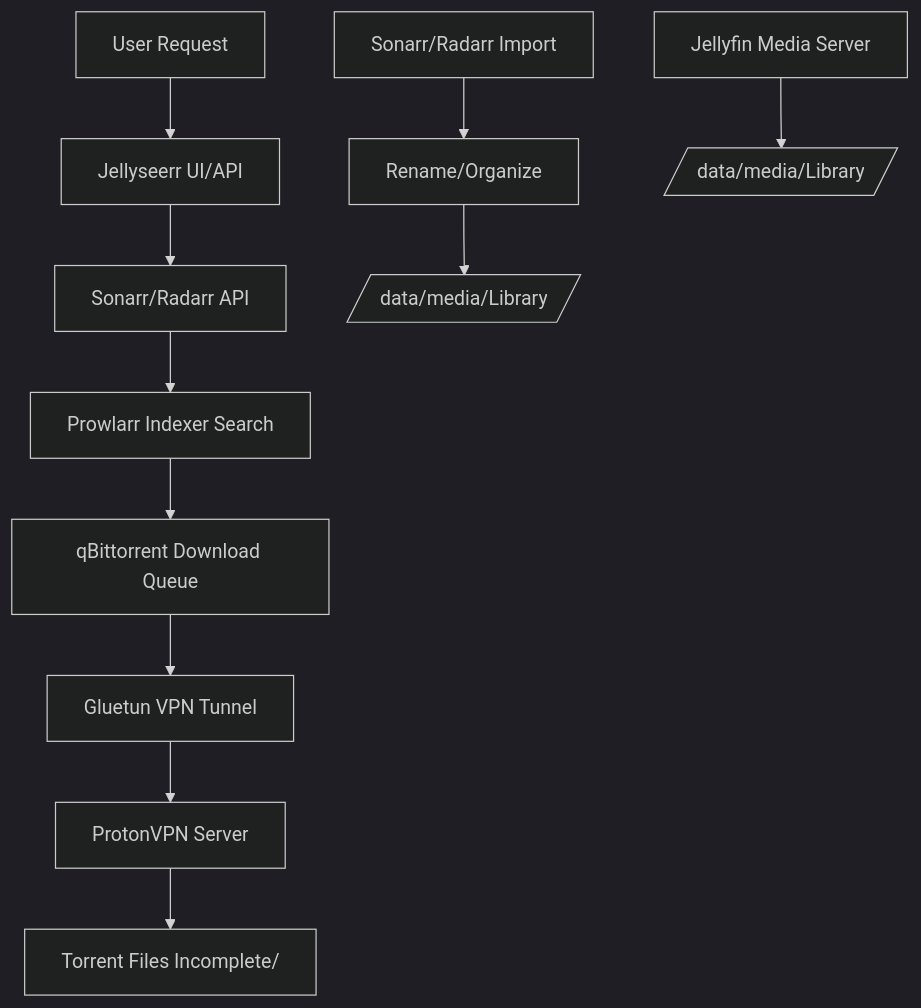
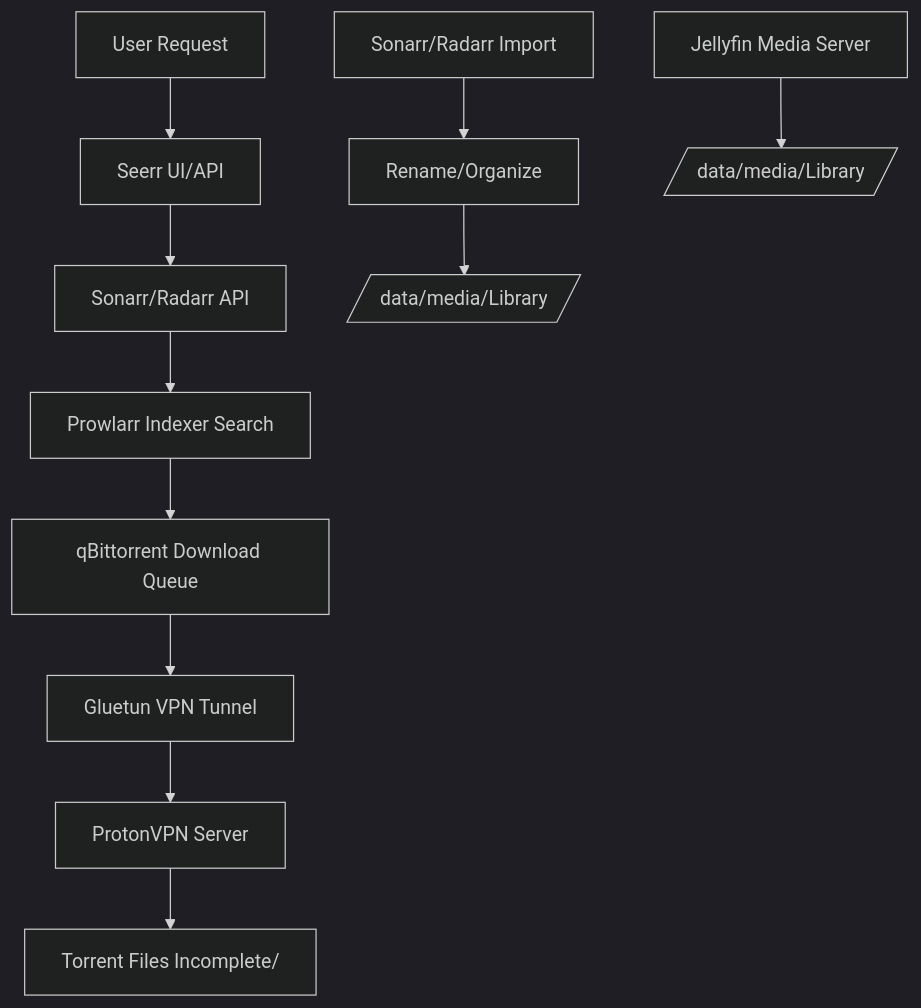
Before and after one commit to ThomasGaliotto/arr-stack: the diagram in docs/architecture.md, drawn with Mermaid (dark theme). The commit also changed other lines of this file and 10 other files, not shown here.

First line of the commit message:
feat: migrate Jellyseerr to Seerr

````diff
--- a/docs/architecture.md
+++ b/docs/architecture.md
@@ -30,15 +30,15 @@
 ```mermaid
 graph TD
-    A[User Request] --> B[Jellyseerr UI/API]
+    A[User Request] --> B[Seerr UI/API]
     B --> C[Sonarr/Radarr API]
     C --> D[Prowlarr Indexer Search]
     D --> E[qBittorrent Download Queue]
     E --> F[Gluetun VPN Tunnel]
     F --> G[ProtonVPN Server]
     G --> H[Torrent Files Incomplete/]
     
     I[Sonarr/Radarr Import] --> J[Rename/Organize]
     J --> K[/data/media/Library/]
     
     L[Jellyfin Media Server] --> M[/data/media/Library/]
 ```
````
